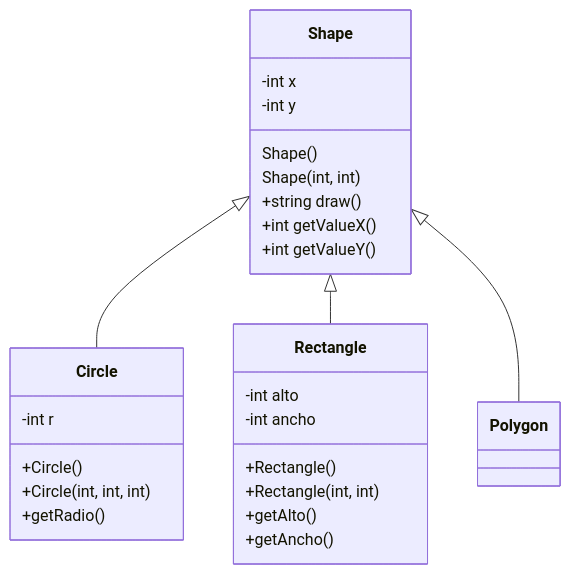
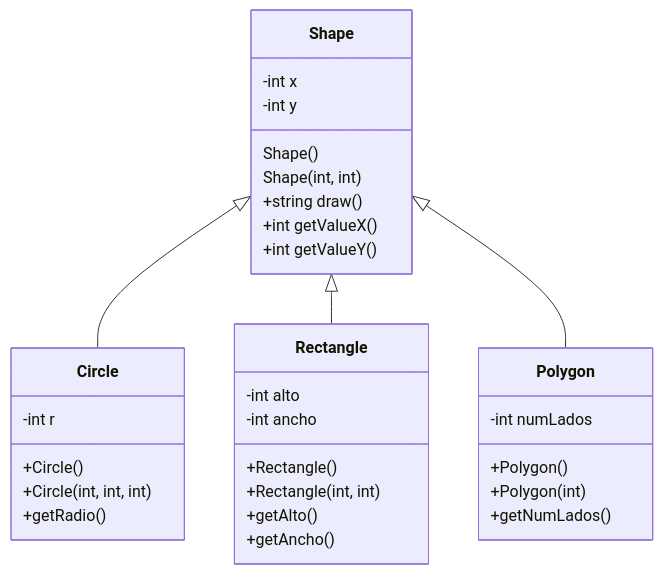
One commit to JuanCarlosHR2003/TC1030.cpp.herencia changed the first of 2 diagrams in assignments/01-ShapeCircleRectanglePolygon/README.md. Above: the diagram before and after it, drawn with Mermaid. The commit also changed 4 other files, not shown here.

````diff
--- a/assignments/01-ShapeCircleRectanglePolygon/README.md
+++ b/assignments/01-ShapeCircleRectanglePolygon/README.md
@@ -5,31 +5,35 @@
 ```mermaid
 classDiagram
       Shape <|-- Circle
       Shape <|-- Rectangle
       Shape <|-- Polygon
       Shape:-int x
       Shape:-int y
       Shape:Shape()
       Shape:Shape(int, int)
       Shape:+string draw()
       Shape:+int getValueX()
       Shape:+int getValueY()
       class Circle {
         -int r
         +Circle()
         +Circle(int, int, int)
         +getRadio()
       }
       class Rectangle {
          -int alto
          -int ancho
          +Rectangle()
          +Rectangle(int, int)
          +getAlto()
          +getAncho()           
       }
       class Polygon {
+         -int numLados
+         +Polygon()
+         +Polygon(int)
+         +getNumLados()
       }
         
 
 ```
````
